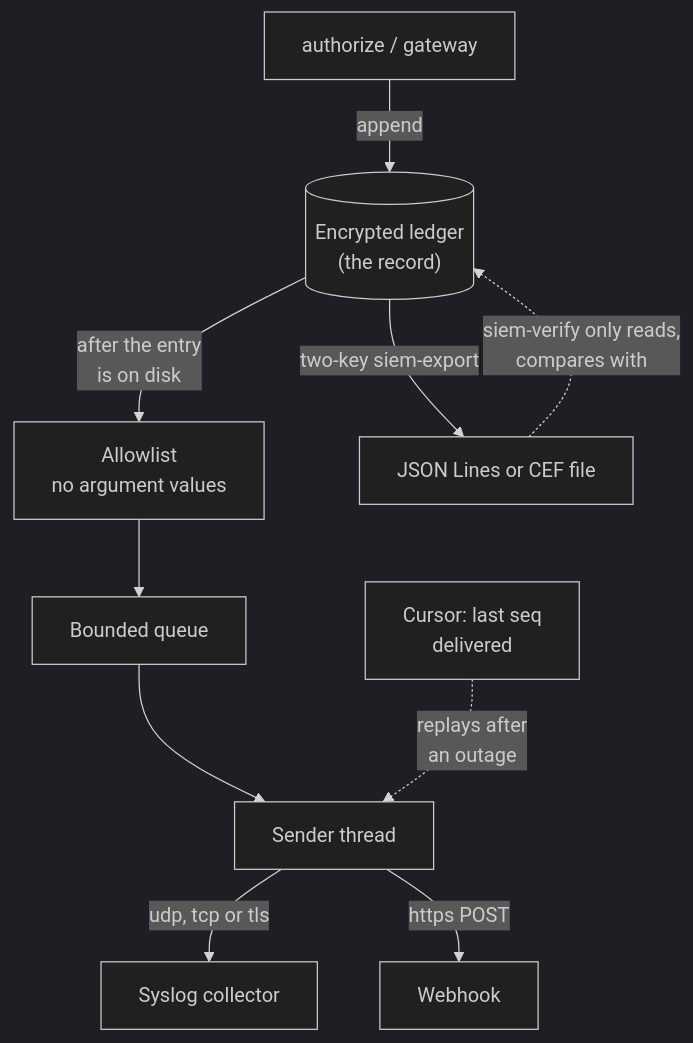
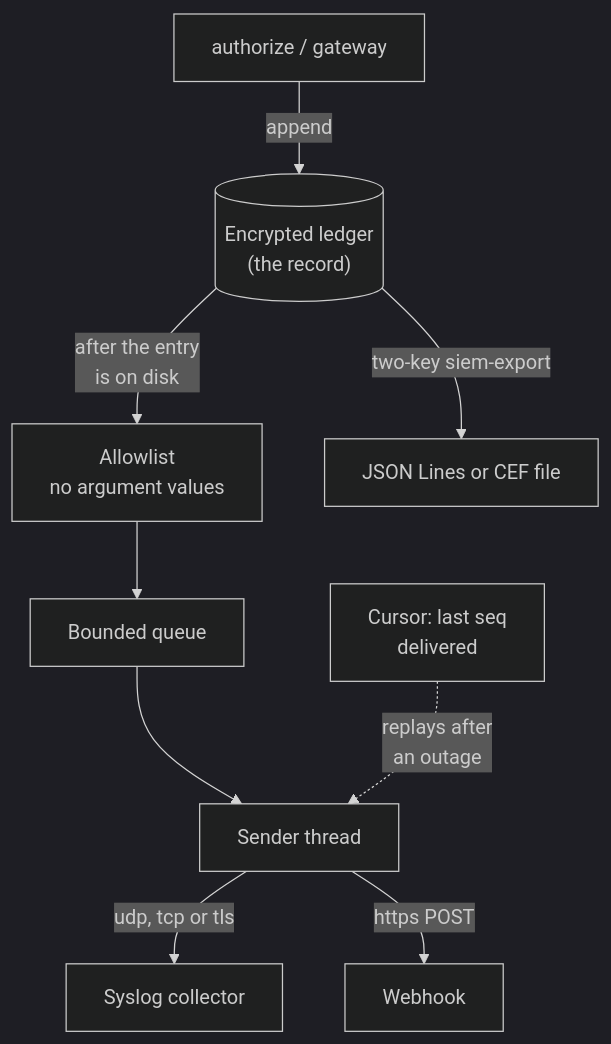
Before and after one commit to Insomniac-VibeLabs/two-key: the diagram in docs/SIEM.md, drawn with Mermaid (dark theme). The commit also changed other lines of this file and 6 other files, not shown here.

First line of the commit message:
Docs review: README from main, clearer diagram labels, config show described correctly

````diff
--- a/docs/SIEM.md
+++ b/docs/SIEM.md
@@ -38,12 +38,11 @@
 ```mermaid
 flowchart TD
   auth["authorize / gateway"] -- "append" --> ledger[("Encrypted ledger<br/>(the record)")]
   ledger -- "after the entry<br/>is on disk" --> filter["Allowlist<br/>no argument values"]
   filter --> queue["Bounded queue"]
   queue --> sender["Sender thread"]
   sender -- "udp, tcp or tls" --> syslog["Syslog collector"]
   sender -- "https POST" --> hook["Webhook"]
   cursor["Cursor: last seq<br/>delivered"] -. "replays after<br/>an outage" .-> sender
   ledger -- "two-key siem-export" --> file["JSON Lines or CEF file"]
-  file -. "siem-verify only reads,<br/>compares with" .-> ledger
 ```
````
